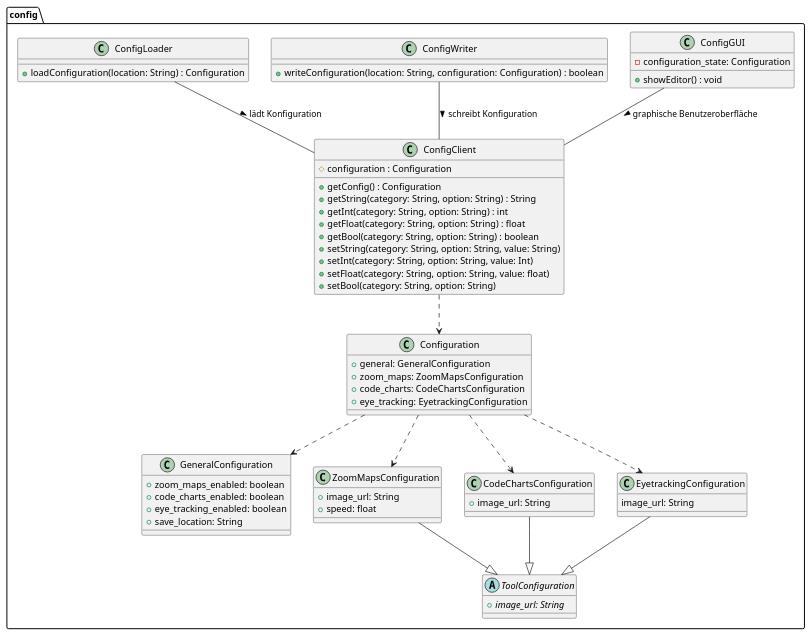
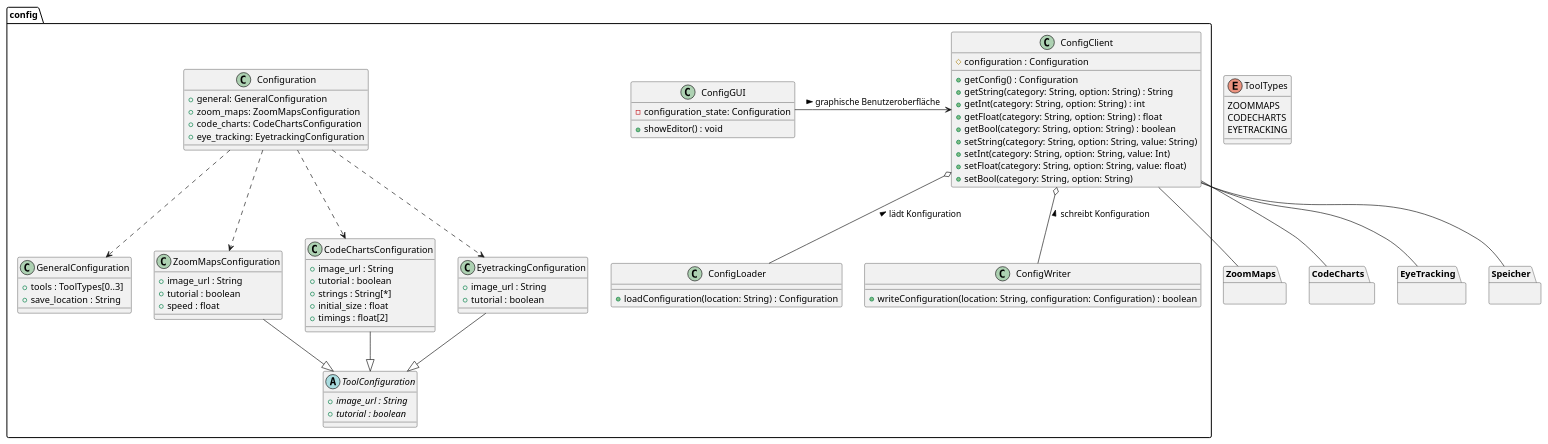
The diagram in meilenstein_03/uml-config/config.puml (weichware10/meilensteine), drawn with PlantUML before and after one commit.

Commit message:
ConfigÄnderungen und externe Packages

```diff
--- a/meilenstein_03/uml-config/config.puml
+++ b/meilenstein_03/uml-config/config.puml
@@ -1,74 +1,95 @@
 @startuml config
+
+enum ToolTypes {
+  ZOOMMAPS
+  CODECHARTS
+  EYETRACKING
+}
+
+package ZoomMaps {}
+package CodeCharts {}
+package EyeTracking {}
+package Speicher {}
+
 package config {
   class ConfigClient {
     # configuration : Configuration
     + getConfig() : Configuration
     + getString(category: String, option: String) : String
     + getInt(category: String, option: String) : int
     + getFloat(category: String, option: String) : float
     + getBool(category: String, option: String) : boolean
     + setString(category: String, option: String, value: String)
     + setInt(category: String, option: String, value: Int)
     + setFloat(category: String, option: String, value: float)
     + setBool(category: String, option: String)
   }
 
   class ConfigLoader {
     + loadConfiguration(location: String) : Configuration
   }
 
   class ConfigWriter {
     + writeConfiguration(location: String, configuration: Configuration) : boolean
   }
 
   class ConfigGUI {
     - configuration_state: Configuration
     + showEditor() : void
   }
 
   class Configuration {
     + general: GeneralConfiguration
     + zoom_maps: ZoomMapsConfiguration
     + code_charts: CodeChartsConfiguration
     + eye_tracking: EyetrackingConfiguration
   }
   class GeneralConfiguration {
-    + zoom_maps_enabled: boolean
-    + code_charts_enabled: boolean
-    + eye_tracking_enabled: boolean
-    + save_location: String
+    + tools : ToolTypes[0..3]
+    + save_location : String
   }
   class ZoomMapsConfiguration {
-    + image_url: String
-    + speed: float
+    + image_url : String
+    + tutorial : boolean
+    + speed : float
   }
   class CodeChartsConfiguration {
-    + image_url: String
+    + image_url : String
+    + tutorial : boolean
+    + strings : String[*]
+    + initial_size : float
+    + timings : float[2]
   }
   class EyetrackingConfiguration {
-    image_url: String
+    + image_url : String
+    + tutorial : boolean
   }
   abstract ToolConfiguration {
-    + {abstract} image_url: String
+    + {abstract} image_url : String
+    + {abstract} tutorial : boolean
   }
 
-  ConfigClient ..> Configuration
+  ' ConfigClient ..> Configuration
 
-  ConfigClient -u- ConfigLoader : < lädt Konfiguration
+  ConfigClient o-- ConfigLoader : < lädt Konfiguration
   ' ConfigLoader ..> Configuration
 
-  ConfigClient -u- ConfigWriter : < schreibt Konfiguration
+  ConfigClient o-- ConfigWriter : < schreibt Konfiguration
   ' ConfigWriter ..> Configuration
 
-  ConfigClient -u- ConfigGUI : < graphische Benutzeroberfläche
+  ConfigClient <-l- ConfigGUI : < graphische Benutzeroberfläche
 
   Configuration ..> GeneralConfiguration
   Configuration ..> ZoomMapsConfiguration
   Configuration ..> CodeChartsConfiguration
   Configuration ..> EyetrackingConfiguration
 
   ZoomMapsConfiguration --|> ToolConfiguration
   CodeChartsConfiguration --|> ToolConfiguration
   EyetrackingConfiguration --|> ToolConfiguration
 }
+ConfigClient -- ZoomMaps
+ConfigClient -- CodeCharts
+ConfigClient -- EyeTracking
+ConfigClient -- Speicher
 @enduml
```
